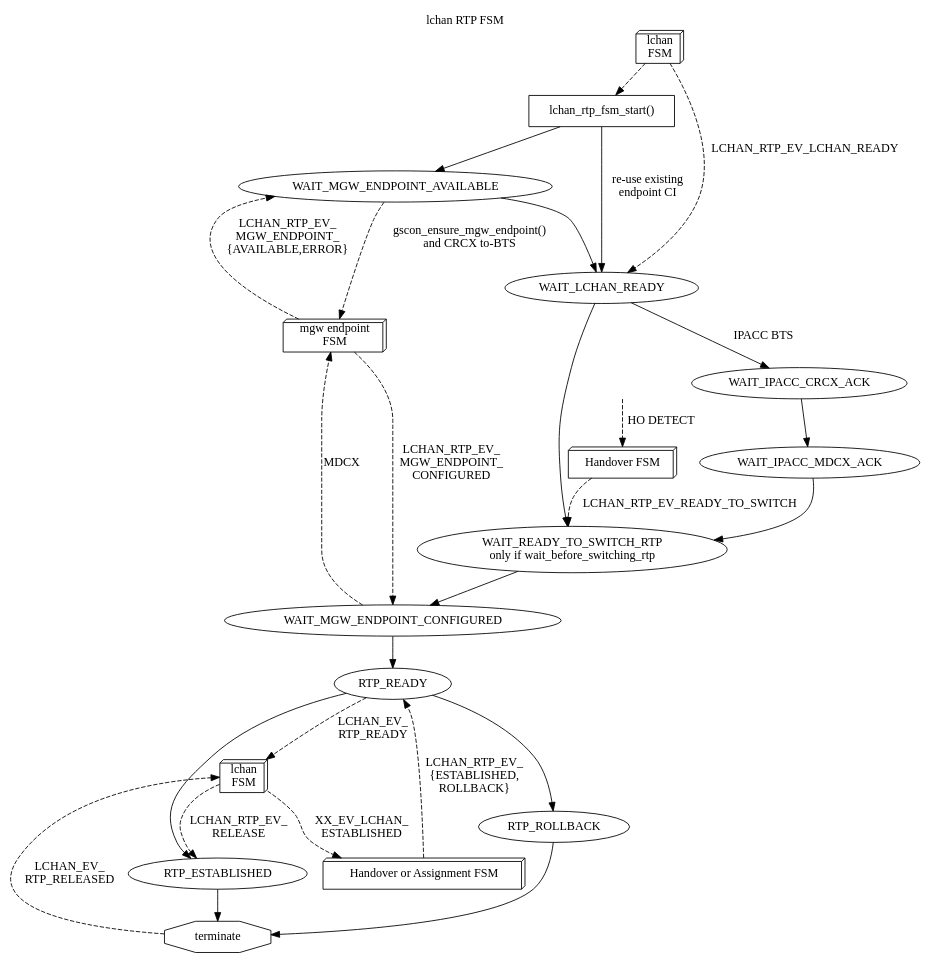
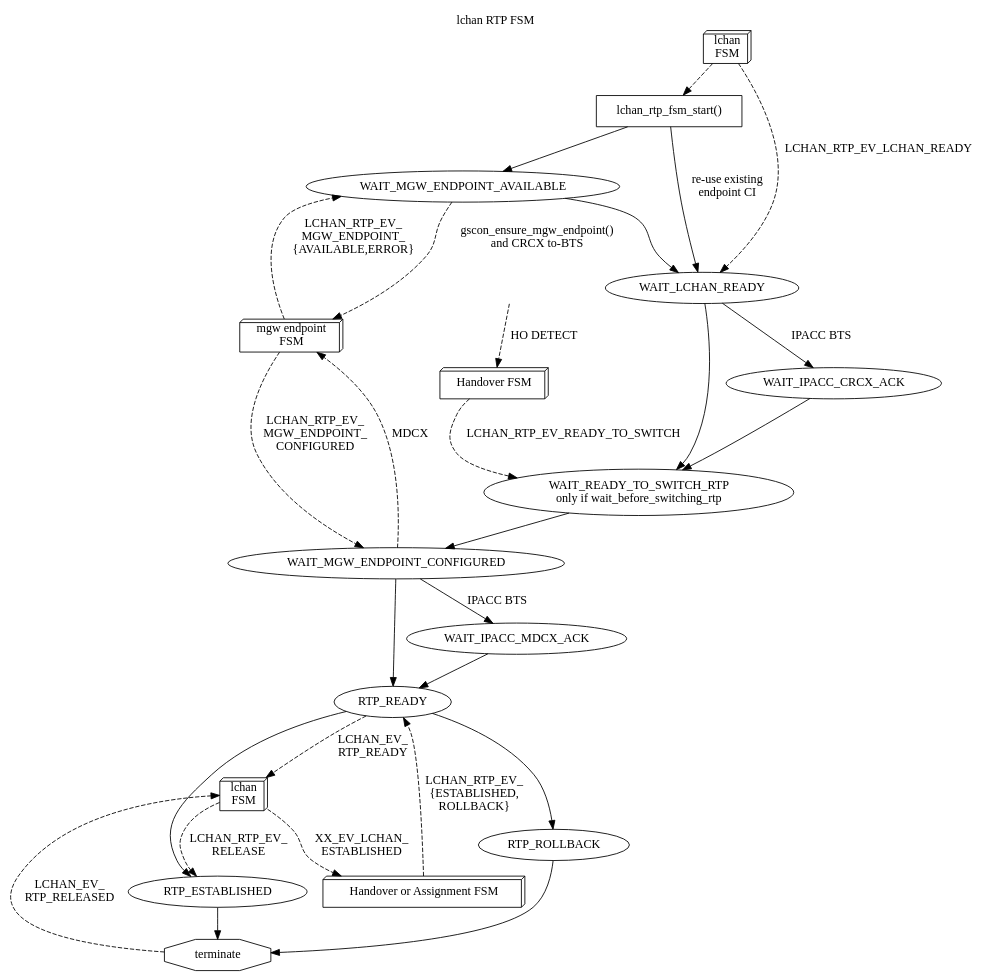
Before and after one commit to osmocom/osmo-bsc: the diagram in doc/lchan-rtp-fsm.dot, drawn with Graphviz. The commit also changed 2 other files, not shown here.

```diff
--- a/doc/lchan-rtp-fsm.dot
+++ b/doc/lchan-rtp-fsm.dot
@@ -1,44 +1,45 @@
 digraph G {
 rankdir=TB
 labelloc=t; label="lchan RTP FSM"
-	
+
 	lchan [label="lchan\nFSM",shape=box3d]
 	lchan2 [label="lchan\nFSM",shape=box3d]
 	ho_as [label="Handover or Assignment FSM",shape=box3d]
 	invisible [style=invisible]
 	ho [label="Handover FSM",shape=box3d]
 	mgwep [label="mgw endpoint\nFSM",shape=box3d]
 	start [label="lchan_rtp_fsm_start()",shape=box]
 	WAIT_READY_TO_SWITCH_RTP [label="WAIT_READY_TO_SWITCH_RTP\nonly if wait_before_switching_rtp"]
 	terminate [shape=octagon]
 
 	lchan -> start [style=dashed]
 	start -> WAIT_MGW_ENDPOINT_AVAILABLE
 	start -> WAIT_LCHAN_READY [label="re-use existing\nendpoint CI"]
 
 	WAIT_MGW_ENDPOINT_AVAILABLE -> mgwep [label="gscon_ensure_mgw_endpoint()\nand CRCX to-BTS",style=dashed]
 	mgwep -> WAIT_MGW_ENDPOINT_AVAILABLE [label="LCHAN_RTP_EV_\nMGW_ENDPOINT_\n{AVAILABLE,ERROR}",style=dashed]
 	WAIT_MGW_ENDPOINT_AVAILABLE -> WAIT_LCHAN_READY
 
 	lchan -> WAIT_LCHAN_READY [label="LCHAN_RTP_EV_LCHAN_READY",style=dashed]
 	WAIT_LCHAN_READY -> WAIT_IPACC_CRCX_ACK [label="IPACC BTS"]
 	WAIT_LCHAN_READY -> WAIT_READY_TO_SWITCH_RTP
-	WAIT_IPACC_CRCX_ACK -> WAIT_IPACC_MDCX_ACK
-	WAIT_IPACC_MDCX_ACK -> WAIT_READY_TO_SWITCH_RTP
+	WAIT_IPACC_CRCX_ACK -> WAIT_READY_TO_SWITCH_RTP
 	invisible -> ho [label="HO DETECT",style=dashed]
 	ho -> WAIT_READY_TO_SWITCH_RTP [label="LCHAN_RTP_EV_READY_TO_SWITCH",style=dashed]
 	WAIT_READY_TO_SWITCH_RTP -> WAIT_MGW_ENDPOINT_CONFIGURED
 	WAIT_MGW_ENDPOINT_CONFIGURED -> mgwep [label="MDCX",style=dashed]
 	mgwep -> WAIT_MGW_ENDPOINT_CONFIGURED [label="LCHAN_RTP_EV_\nMGW_ENDPOINT_\nCONFIGURED",style=dashed]
+	WAIT_MGW_ENDPOINT_CONFIGURED -> WAIT_IPACC_MDCX_ACK [label="IPACC BTS"]
 	WAIT_MGW_ENDPOINT_CONFIGURED -> RTP_READY
+	WAIT_IPACC_MDCX_ACK -> RTP_READY
 	RTP_READY -> lchan2 [label="LCHAN_EV_\nRTP_READY",style=dashed]
 	RTP_READY -> RTP_ESTABLISHED
 	lchan2 -> RTP_ESTABLISHED [label="LCHAN_RTP_EV_\nRELEASE",style=dashed]
 	RTP_ESTABLISHED -> terminate
 	RTP_READY -> RTP_ROLLBACK
 	RTP_ROLLBACK -> terminate
 	terminate -> lchan2 [label="LCHAN_EV_\nRTP_RELEASED",style=dashed]
 
 	lchan2 -> ho_as [label="XX_EV_LCHAN_\nESTABLISHED",style=dashed]
 	ho_as -> RTP_READY [label="LCHAN_RTP_EV_\n{ESTABLISHED,\nROLLBACK}",style=dashed]
 }
```
